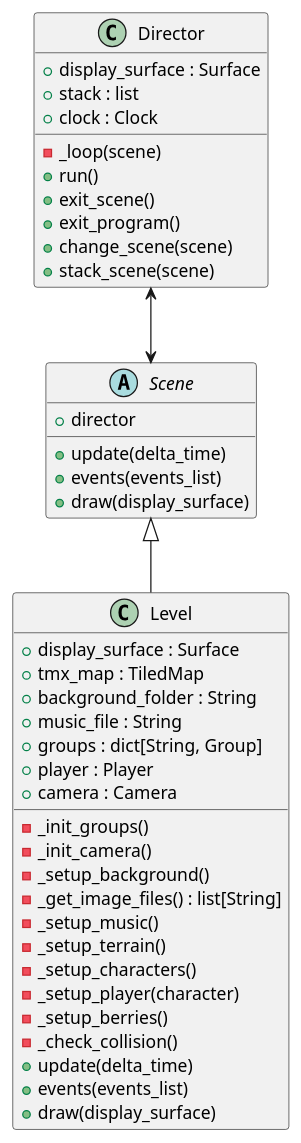
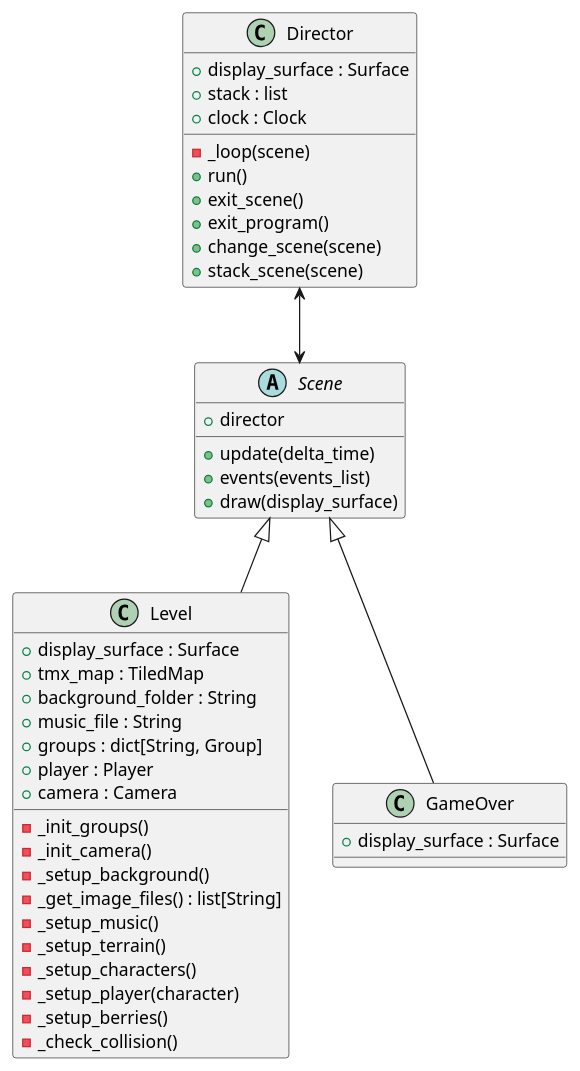
Before and after one commit to Tejon-Company/Tejon-Jumper: the diagram in docs/diagrams/class_diagram_director.pu, drawn with PlantUML. The commit also changed 3 other files, not shown here.

```diff
--- a/docs/diagrams/class_diagram_director.pu
+++ b/docs/diagrams/class_diagram_director.pu
@@ -1,47 +1,49 @@
 @startuml Class Diagram Director-Scene-Level
 class Director {
     + display_surface : Surface
     + stack : list
     + clock : Clock
     - _loop(scene)
     + run()
     + exit_scene()
     + exit_program()
     + change_scene(scene)
     + stack_scene(scene)
 }
 
 abstract class Scene {
     + director
     + update(delta_time)
     + events(events_list)
     + draw(display_surface)
 }
 
 class Level {
     + display_surface : Surface
     + tmx_map : TiledMap
     + background_folder : String
     + music_file : String
     + groups : dict[String, Group]
     + player : Player
     + camera : Camera
     - _init_groups()
     - _init_camera()
     - _setup_background()
     - _get_image_files() : list[String]
     - _setup_music()
     - _setup_terrain()
     - _setup_characters()
     - _setup_player(character)
     - _setup_berries()
     - _check_collision()
-    + update(delta_time)
-    + events(events_list)
-    + draw(display_surface)
+}
+
+class GameOver {
+    + display_surface : Surface
 }
 
 Director <--> Scene
 Scene <|-- Level
+Scene <|-- GameOver
 
 @enduml
```
